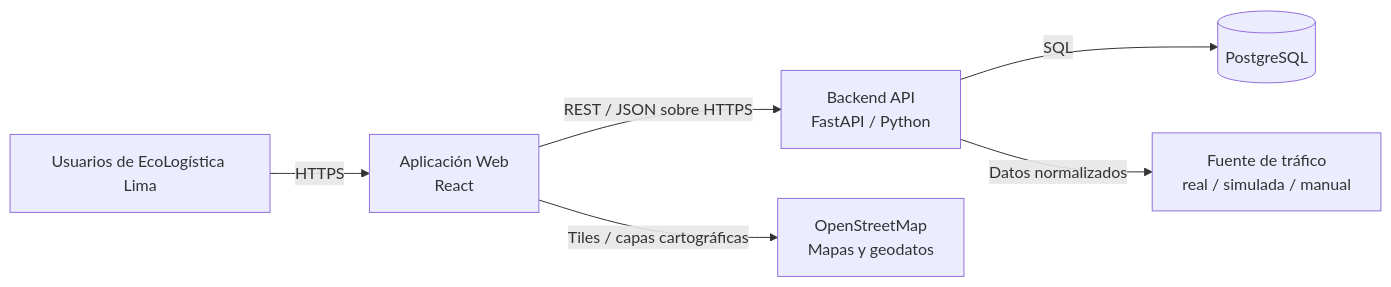
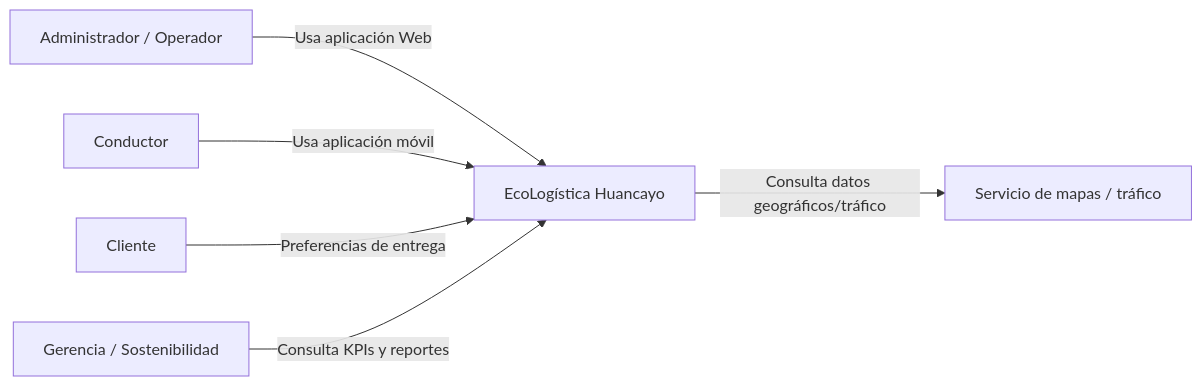
Before and after one commit to DartBlackLink/PFA: the first of 5 diagrams in docs/01 Inicio/12. Modelo C4 V_1_0_0.md, drawn with Mermaid. The commit also changed other lines of this file and 17 other files, not shown here.

````diff
--- a/docs/01 Inicio/12. Modelo C4 V_1_0_0.md
+++ b/docs/01 Inicio/12. Modelo C4 V_1_0_0.md
@@ -80,15 +26,15 @@
 ```mermaid
 flowchart LR
-    USERS[Usuarios de EcoLogística Lima]
-    WEB[Aplicación Web<br/>React]
-    API[Backend API<br/>FastAPI / Python]
-    DB[(PostgreSQL)]
-    MAP[OpenStreetMap<br/>Mapas y geodatos]
-    TRAFFIC[Fuente de tráfico<br/>real / simulada / manual]
+    Admin[Administrador / Operador]
+    Driver[Conductor]
+    Client[Cliente]
+    Mgmt[Gerencia / Sostenibilidad]
+    System[EcoLogística Huancayo]
+    Maps[Servicio de mapas / tráfico]
 
-    USERS -->|HTTPS| WEB
-    WEB -->|REST / JSON sobre HTTPS| API
-    API -->|SQL| DB
-    WEB -->|Tiles / capas cartográficas| MAP
-    API -->|Datos normalizados| TRAFFIC
+    Admin -->|Usa aplicación Web| System
+    Driver -->|Usa aplicación móvil| System
+    Client -->|Preferencias de entrega| System
+    Mgmt -->|Consulta KPIs y reportes| System
+    System -->|Consulta datos geográficos/tráfico| Maps
 ```
````
